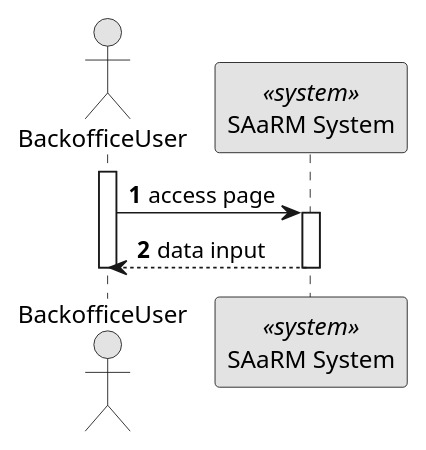
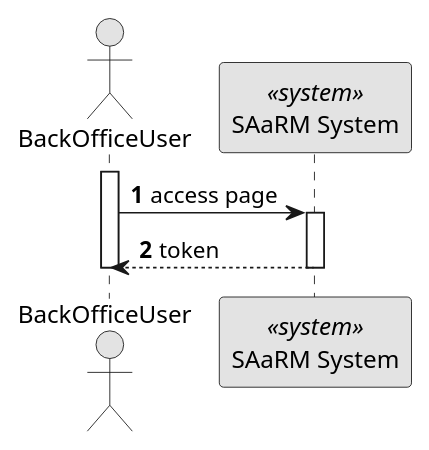
One commit to Ana-Miguel-Silva/SurgicalAppointmentAndResourceManagement changed the diagram in docs/BackofficeModule/5.1.6/sequence-diagram-1.puml. Above: the diagram before and after it, drawn with PlantUML. The commit also changed 43 other files, not shown here.

```diff
--- a/docs/BackofficeModule/5.1.6/sequence-diagram-1.puml
+++ b/docs/BackofficeModule/5.1.6/sequence-diagram-1.puml
@@ -1,24 +1,28 @@
 @startuml 5.1.6
 skinparam monochrome true
 skinparam packageStyle rectangle
 skinparam shadowing false
 
 autonumber
 
-actor "BackofficeUser" as AD
+actor "BackOfficeUser" as AD
 participant "SAaRM System" as SYS <<system>>
 
+
+
 activate AD
+
 AD -> SYS: access page
+
 activate SYS
-SYS --> AD : data input
-deactivate SYS
+
+SYS --> AD: token
 
 
 deactivate SYS
 
 deactivate AD
 
 
 
 @enduml
```
